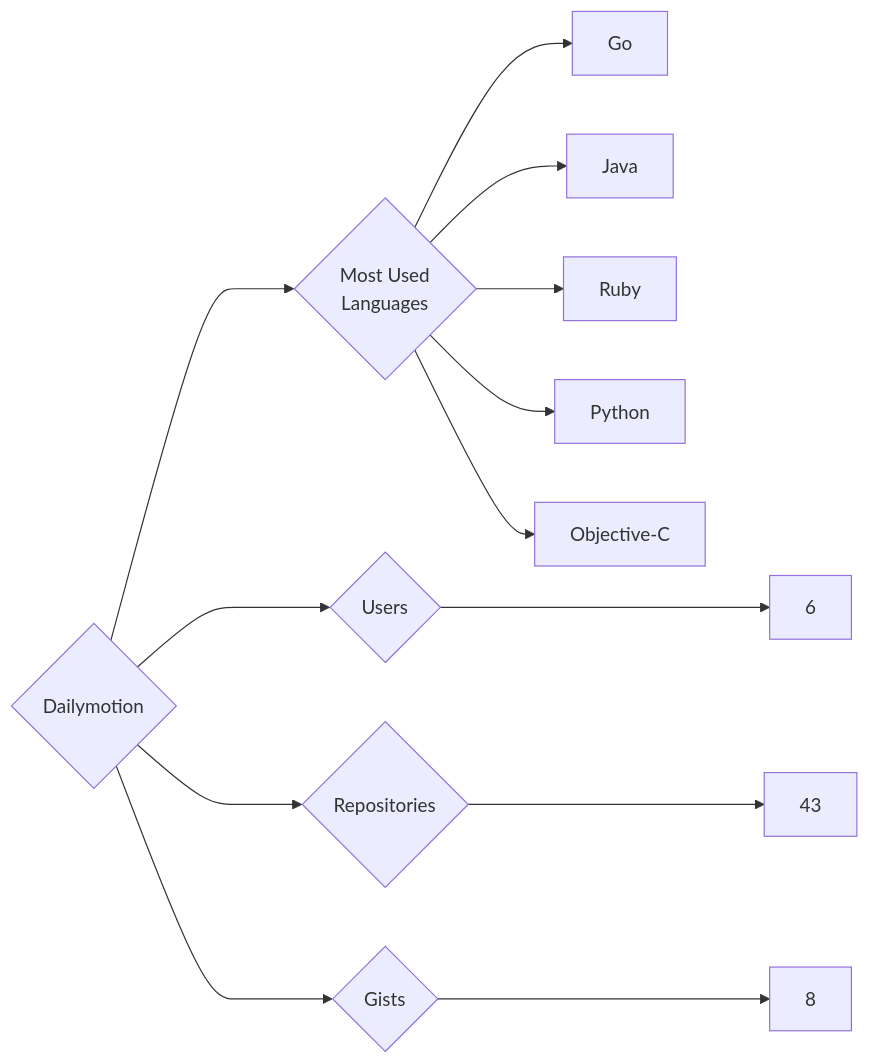
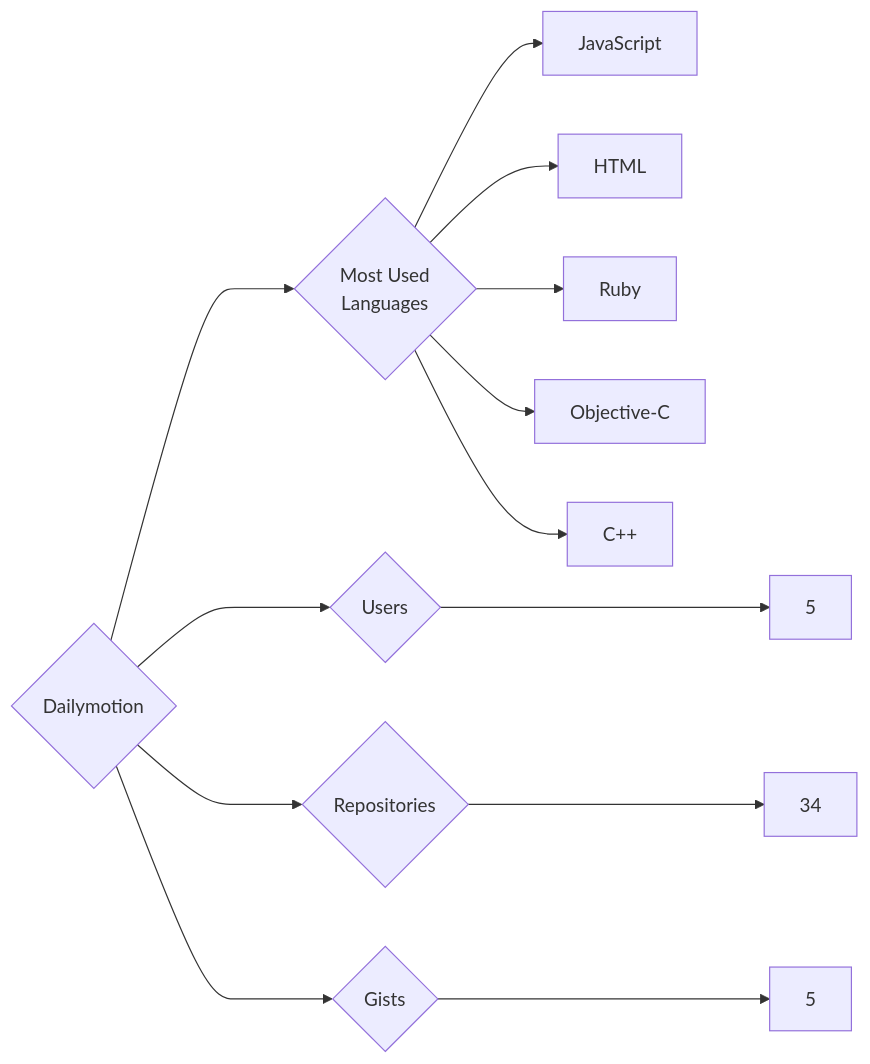
The diagram in targets/Dailymotion/README.md (trickest/insiders), drawn with Mermaid before and after one commit. The commit also changed 1167 other files, not shown here.

````diff
--- a/targets/Dailymotion/README.md
+++ b/targets/Dailymotion/README.md
@@ -3,13 +3,13 @@
 ```mermaid
 graph LR
 COMPANY_NAME{Dailymotion}
-COMPANY_NAME ---> U{Users} ---> UN[6]
-COMPANY_NAME ---> R{Repositories} ---> RN[43]
-COMPANY_NAME ---> G{Gists} ---> GN[8]
+COMPANY_NAME ---> U{Users} ---> UN[5]
+COMPANY_NAME ---> R{Repositories} ---> RN[34]
+COMPANY_NAME ---> G{Gists} ---> GN[5]
 COMPANY_NAME ---> ML{Most Used<br>Languages}
-ML --> Go[Go]
-ML --> Java[Java]
+ML --> JavaScript[JavaScript]
+ML --> HTML[HTML]
 ML --> Ruby[Ruby]
-ML --> Python[Python]
 ML --> Objective-C[Objective-C]
+ML --> C++[C++]
 ```
````
